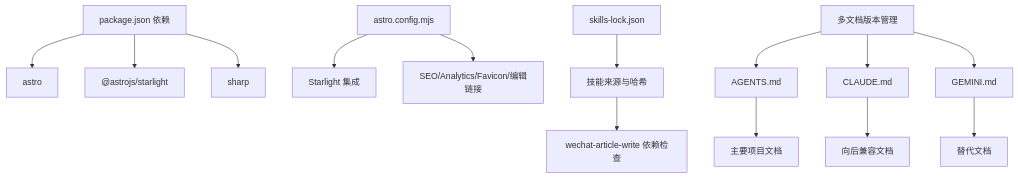
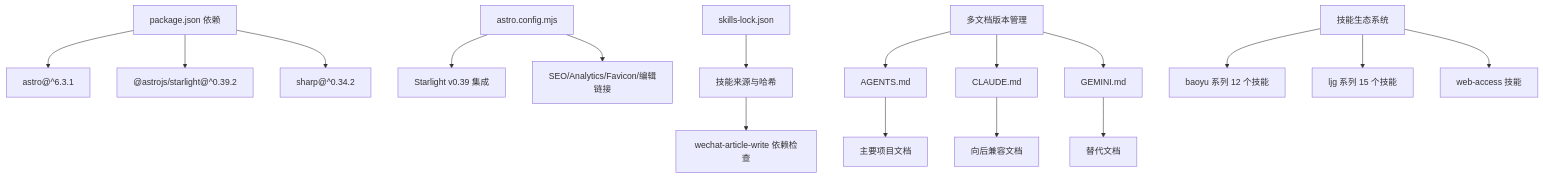
Before and after one commit to NTLx/ntlx.github.io: the seventh of 7 diagrams in .qoder/repowiki/zh/content/项目概述.md, drawn with Mermaid. The commit also changed other lines of this file and 8 other files, not shown here.

````diff
--- a/.qoder/repowiki/zh/content/项目概述.md
+++ b/.qoder/repowiki/zh/content/项目概述.md
@@ -444,16 +496,19 @@
 ```mermaid
 graph TB
-A["package.json 依赖"] --> B["astro"]
-A --> C["@astrojs/starlight"]
-A --> D["sharp"]
-E["astro.config.mjs"] --> F["Starlight 集成"]
+A["package.json 依赖"] --> B["astro@^6.3.1"]
+A --> C["@astrojs/starlight@^0.39.2"]
+A --> D["sharp@^0.34.2"]
+E["astro.config.mjs"] --> F["Starlight v0.39 集成"]
 E --> G["SEO/Analytics/Favicon/编辑链接"]
 H["skills-lock.json"] --> I["技能来源与哈希"]
 I --> J["wechat-article-write 依赖检查"]
 K["多文档版本管理"] --> L["AGENTS.md"]
 K --> M["CLAUDE.md"]
 K --> N["GEMINI.md"]
 L --> O["主要项目文档"]
 M --> P["向后兼容文档"]
 N --> Q["替代文档"]
+R["技能生态系统"] --> S["baoyu 系列 12 个技能"]
+R --> T["ljg 系列 15 个技能"]
+R --> U["web-access 技能"]
 ```
````
